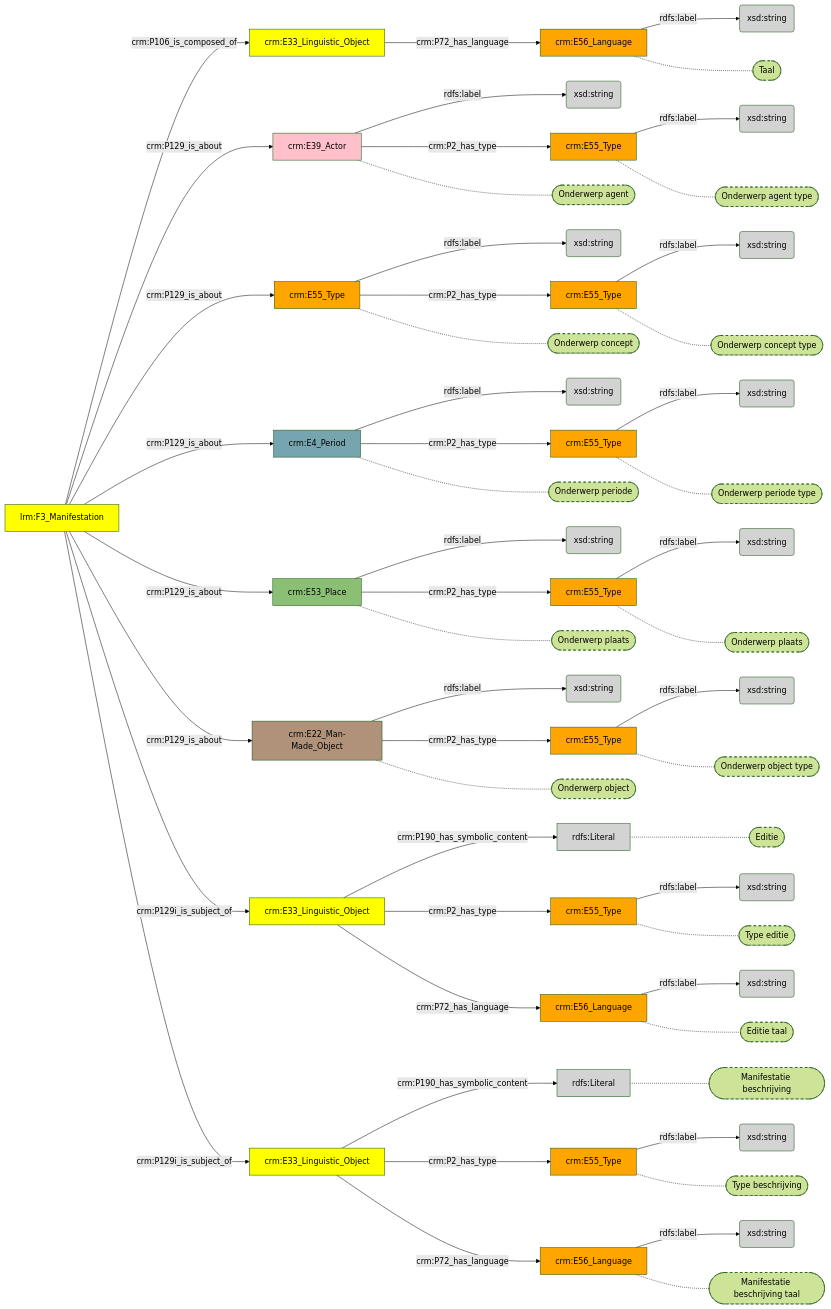
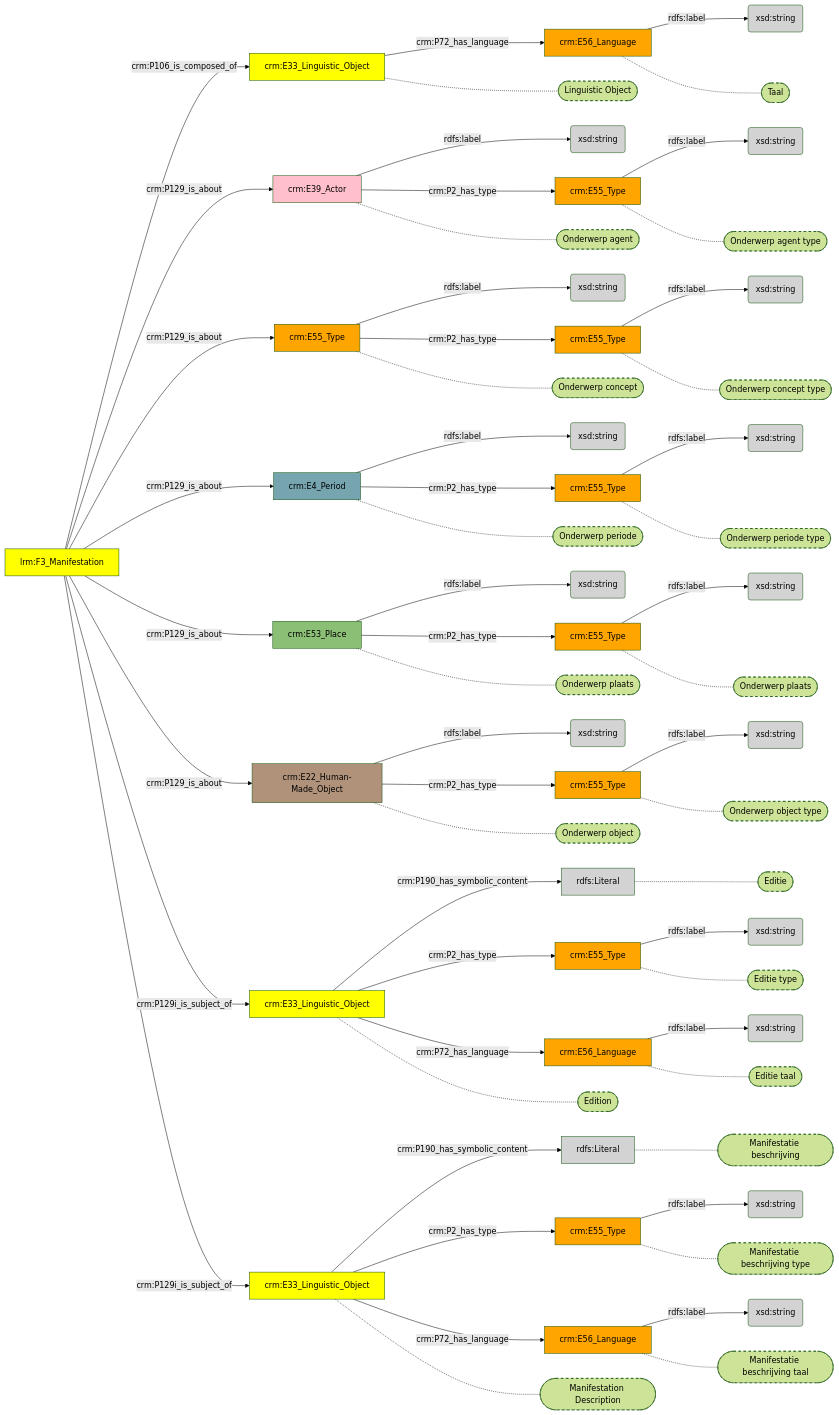
Before and after one commit to digipolisantwerpdocumentation/antwerp-cultureel-erfgoed: the diagram in docs/content/modellen/BibliographicalManifestation/Inhoud.md, drawn with Mermaid (forest theme). The commit also changed 173 other files, not shown here.

```diff
--- a/docs/content/modellen/BibliographicalManifestation/Inhoud.md
+++ b/docs/content/modellen/BibliographicalManifestation/Inhoud.md
@@ -13,7 +13,7 @@
 17e11904-8e93-11ee-8f9d-96a6d245525a["crm:E56_Language"]-->|"rdfs:label"|17e118be-8e93-11ee-8f9d-96a6d245525a(xsd:string)
 18620f96-934b-11ee-b409-960002548b4f["crm:E55_Type"]-->|"rdfs:label"|186212b9-934b-11ee-afd4-960002548b4f(xsd:string)
 5ccfc3f7-934c-11ee-8da1-960002548b4f["crm:E55_Type"]-->|"rdfs:label"|8239f35e-934c-11ee-9e1e-960002548b4f(xsd:string)
-7f378e46-934b-11ee-8649-960002548b4f["crm:E22_Man-Made_Object"]-->|"rdfs:label"|1ddfcd21-934c-11ee-bd20-960002548b4f(xsd:string)
+7f378e46-934b-11ee-8649-960002548b4f["crm:E22_Human-Made_Object"]-->|"rdfs:label"|1ddfcd21-934c-11ee-bd20-960002548b4f(xsd:string)
 a93af378-934a-11ee-a78f-960002548b4f["crm:E55_Type"]-->|"rdfs:label"|a93af6be-934a-11ee-97cd-960002548b4f(xsd:string)
 c8e6299f-934a-11ee-ba61-960002548b4f["crm:E55_Type"]-->|"rdfs:label"|c8e62cfe-934a-11ee-bd35-960002548b4f(xsd:string)
 e4f6427b-934a-11ee-a55c-960002548b4f["crm:E55_Type"]-->|"rdfs:label"|e4f645cb-934a-11ee-b60e-960002548b4f(xsd:string)
@@ -31,26 +31,29 @@
 17e0efec-8e93-11ee-8f9d-96a6d245525a["lrm:F3_Manifestation"]-->|"crm:P129_is_about"|17e0e34e-8e93-11ee-8f9d-96a6d245525a["crm:E55_Type"]
 17e0efec-8e93-11ee-8f9d-96a6d245525a["lrm:F3_Manifestation"]-->|"crm:P129_is_about"|17e0e894-8e93-11ee-8f9d-96a6d245525a["crm:E4_Period"]
 17e0efec-8e93-11ee-8f9d-96a6d245525a["lrm:F3_Manifestation"]-->|"crm:P129_is_about"|17e0ea4c-8e93-11ee-8f9d-96a6d245525a["crm:E53_Place"]
-17e0efec-8e93-11ee-8f9d-96a6d245525a["lrm:F3_Manifestation"]-->|"crm:P129_is_about"|7f378e46-934b-11ee-8649-960002548b4f["crm:E22_Man-Made_Object"]
+17e0efec-8e93-11ee-8f9d-96a6d245525a["lrm:F3_Manifestation"]-->|"crm:P129_is_about"|7f378e46-934b-11ee-8649-960002548b4f["crm:E22_Human-Made_Object"]
 17e0efec-8e93-11ee-8f9d-96a6d245525a["lrm:F3_Manifestation"]-->|"crm:P129i_is_subject_of"|17e0cbc0-8e93-11ee-8f9d-96a6d245525a["crm:E33_Linguistic_Object"]
 17e0efec-8e93-11ee-8f9d-96a6d245525a["lrm:F3_Manifestation"]-->|"crm:P129i_is_subject_of"|17e0edc6-8e93-11ee-8f9d-96a6d245525a["crm:E33_Linguistic_Object"]
-7f378e46-934b-11ee-8649-960002548b4f["crm:E22_Man-Made_Object"]-->|"crm:P2_has_type"|5ccfc3f7-934c-11ee-8da1-960002548b4f["crm:E55_Type"]
+7f378e46-934b-11ee-8649-960002548b4f["crm:E22_Human-Made_Object"]-->|"crm:P2_has_type"|5ccfc3f7-934c-11ee-8da1-960002548b4f["crm:E55_Type"]
 17e10752-8e93-11ee-8f9d-96a6d245525a["crm:E56_Language"]-.-17e10752-8e93-11ee-8f9d-96a6d245525a_s(["Taal"])
 17e10388-8e93-11ee-8f9d-96a6d245525a["rdfs:Literal"]-.-17e10388-8e93-11ee-8f9d-96a6d245525a_s(["Editie"])
-17e102c0-8e93-11ee-8f9d-96a6d245525a["crm:E55_Type"]-.-17e102c0-8e93-11ee-8f9d-96a6d245525a_s(["Type "editie""])
+17e102c0-8e93-11ee-8f9d-96a6d245525a["crm:E55_Type"]-.-17e102c0-8e93-11ee-8f9d-96a6d245525a_s(["Editie type"])
 17e10324-8e93-11ee-8f9d-96a6d245525a["crm:E56_Language"]-.-17e10324-8e93-11ee-8f9d-96a6d245525a_s(["Editie taal"])
 18620f96-934b-11ee-b409-960002548b4f["crm:E55_Type"]-.-18620f96-934b-11ee-b409-960002548b4f_s(["Onderwerp agent type"])
 a93af378-934a-11ee-a78f-960002548b4f["crm:E55_Type"]-.-a93af378-934a-11ee-a78f-960002548b4f_s(["Onderwerp concept type"])
 e4f6427b-934a-11ee-a55c-960002548b4f["crm:E55_Type"]-.-e4f6427b-934a-11ee-a55c-960002548b4f_s(["Onderwerp periode type"])
 c8e6299f-934a-11ee-ba61-960002548b4f["crm:E55_Type"]-.-c8e6299f-934a-11ee-ba61-960002548b4f_s(["Onderwerp plaats"])
 17e117f6-8e93-11ee-8f9d-96a6d245525a["rdfs:Literal"]-.-17e117f6-8e93-11ee-8f9d-96a6d245525a_s(["Manifestatie beschrijving"])
-17e11878-8e93-11ee-8f9d-96a6d245525a["crm:E55_Type"]-.-17e11878-8e93-11ee-8f9d-96a6d245525a_s(["Type "beschrijving""])
+17e11878-8e93-11ee-8f9d-96a6d245525a["crm:E55_Type"]-.-17e11878-8e93-11ee-8f9d-96a6d245525a_s(["Manifestatie beschrijving type"])
 17e11904-8e93-11ee-8f9d-96a6d245525a["crm:E56_Language"]-.-17e11904-8e93-11ee-8f9d-96a6d245525a_s(["Manifestatie beschrijving taal"])
+17e0c936-8e93-11ee-8f9d-96a6d245525a["crm:E33_Linguistic_Object"]-.-17e0c936-8e93-11ee-8f9d-96a6d245525a_s(["Linguistic Object"])
 17e0dfca-8e93-11ee-8f9d-96a6d245525a["crm:E39_Actor"]-.-17e0dfca-8e93-11ee-8f9d-96a6d245525a_s(["Onderwerp agent"])
 17e0e34e-8e93-11ee-8f9d-96a6d245525a["crm:E55_Type"]-.-17e0e34e-8e93-11ee-8f9d-96a6d245525a_s(["Onderwerp concept"])
 17e0e894-8e93-11ee-8f9d-96a6d245525a["crm:E4_Period"]-.-17e0e894-8e93-11ee-8f9d-96a6d245525a_s(["Onderwerp periode"])
 17e0ea4c-8e93-11ee-8f9d-96a6d245525a["crm:E53_Place"]-.-17e0ea4c-8e93-11ee-8f9d-96a6d245525a_s(["Onderwerp plaats"])
-7f378e46-934b-11ee-8649-960002548b4f["crm:E22_Man-Made_Object"]-.-7f378e46-934b-11ee-8649-960002548b4f_s(["Onderwerp object"])
+7f378e46-934b-11ee-8649-960002548b4f["crm:E22_Human-Made_Object"]-.-7f378e46-934b-11ee-8649-960002548b4f_s(["Onderwerp object"])
+17e0cbc0-8e93-11ee-8f9d-96a6d245525a["crm:E33_Linguistic_Object"]-.-17e0cbc0-8e93-11ee-8f9d-96a6d245525a_s(["Edition"])
+17e0edc6-8e93-11ee-8f9d-96a6d245525a["crm:E33_Linguistic_Object"]-.-17e0edc6-8e93-11ee-8f9d-96a6d245525a_s(["Manifestation Description"])
 5ccfc3f7-934c-11ee-8da1-960002548b4f["crm:E55_Type"]-.-5ccfc3f7-934c-11ee-8da1-960002548b4f_s(["Onderwerp object type"])
 style 17e10752-8e93-11ee-8f9d-96a6d245525a_s stroke-dasharray: 5
 style 17e10388-8e93-11ee-8f9d-96a6d245525a_s stroke-dasharray: 5
@@ -63,11 +66,14 @@
 style 17e117f6-8e93-11ee-8f9d-96a6d245525a_s stroke-dasharray: 5
 style 17e11878-8e93-11ee-8f9d-96a6d245525a_s stroke-dasharray: 5
 style 17e11904-8e93-11ee-8f9d-96a6d245525a_s stroke-dasharray: 5
+style 17e0c936-8e93-11ee-8f9d-96a6d245525a_s stroke-dasharray: 5
 style 17e0dfca-8e93-11ee-8f9d-96a6d245525a_s stroke-dasharray: 5
 style 17e0e34e-8e93-11ee-8f9d-96a6d245525a_s stroke-dasharray: 5
 style 17e0e894-8e93-11ee-8f9d-96a6d245525a_s stroke-dasharray: 5
 style 17e0ea4c-8e93-11ee-8f9d-96a6d245525a_s stroke-dasharray: 5
 style 7f378e46-934b-11ee-8649-960002548b4f_s stroke-dasharray: 5
+style 17e0cbc0-8e93-11ee-8f9d-96a6d245525a_s stroke-dasharray: 5
+style 17e0edc6-8e93-11ee-8f9d-96a6d245525a_s stroke-dasharray: 5
 style 5ccfc3f7-934c-11ee-8da1-960002548b4f_s stroke-dasharray: 5
 style 17e0c936-8e93-11ee-8f9d-96a6d245525a fill:#ffff00
 style 17e0cbc0-8e93-11ee-8f9d-96a6d245525a fill:#ffff00
```
